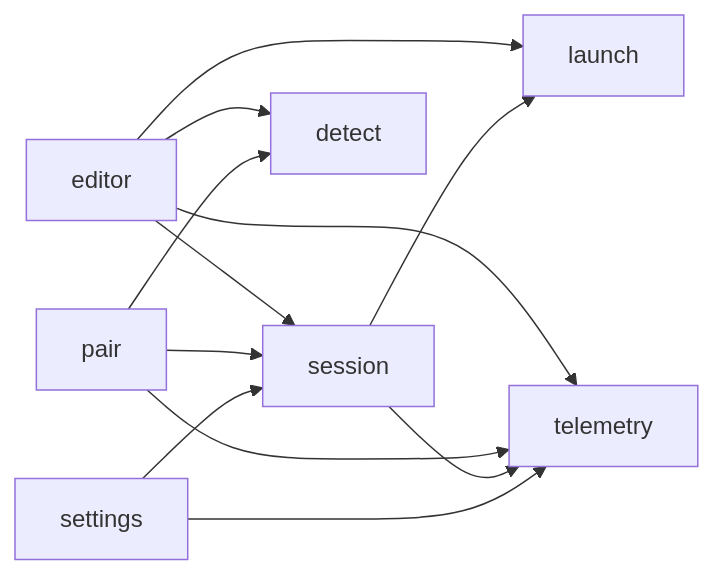
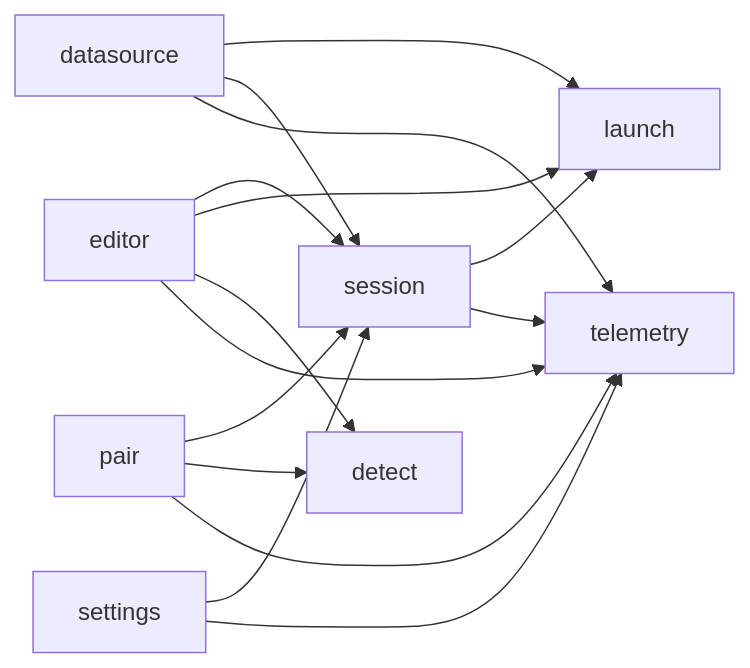
Before and after one commit to marimo-team/jetbrains-marimo: the third of 3 diagrams in ARCHITECTURE.md, drawn with Mermaid. The commit also changed other lines of this file and 54 other files, not shown here.

````diff
--- a/ARCHITECTURE.md
+++ b/ARCHITECTURE.md
@@ -111,14 +116,17 @@
 ```mermaid
 flowchart LR
+    datasource --> launch
+    datasource --> session
+    datasource --> telemetry
     editor --> session
     editor --> launch
     editor --> detect
     pair --> session
     pair --> detect
     session --> launch
     settings --> session
     editor --> telemetry
     pair --> telemetry
     session --> telemetry
     settings --> telemetry
 ```
````
